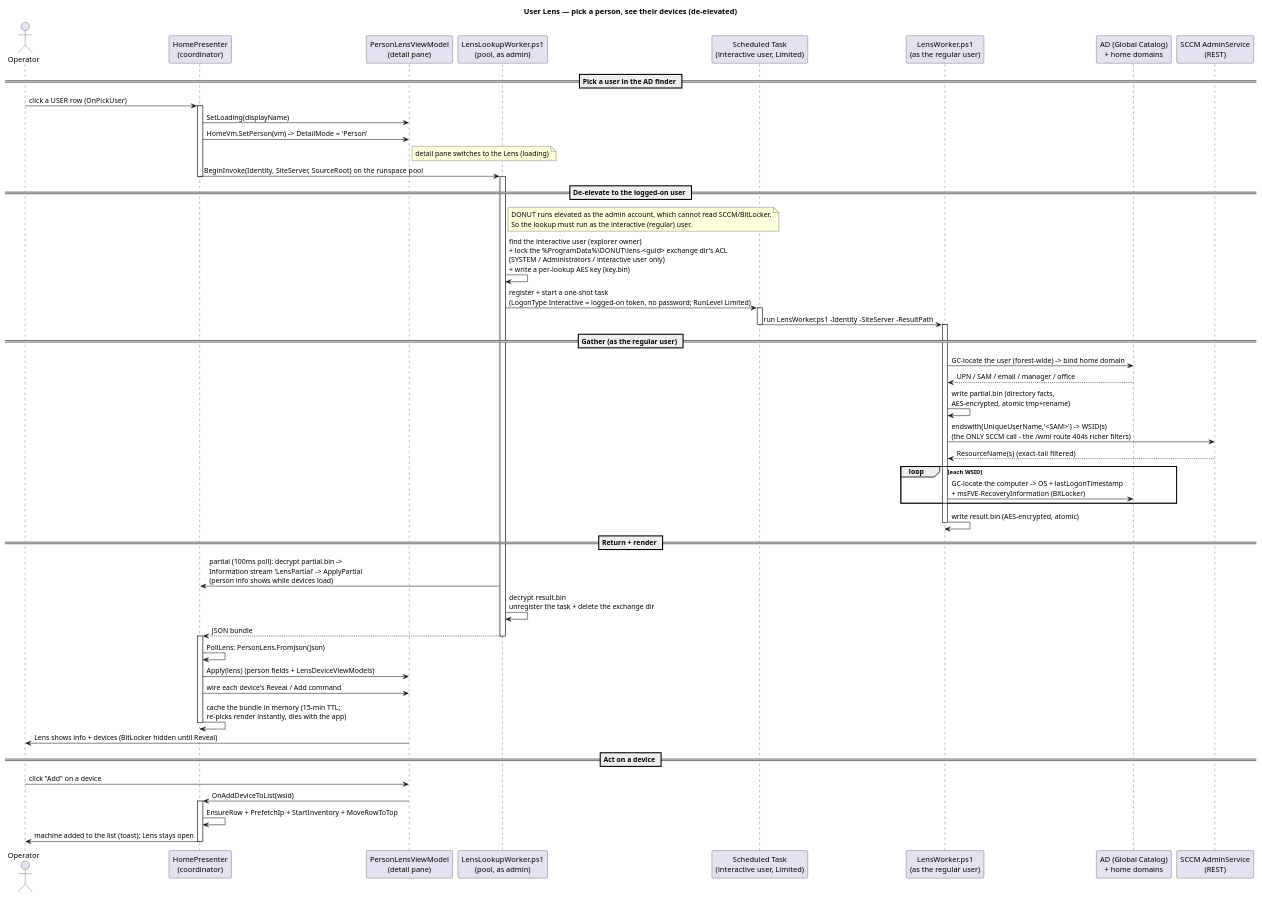
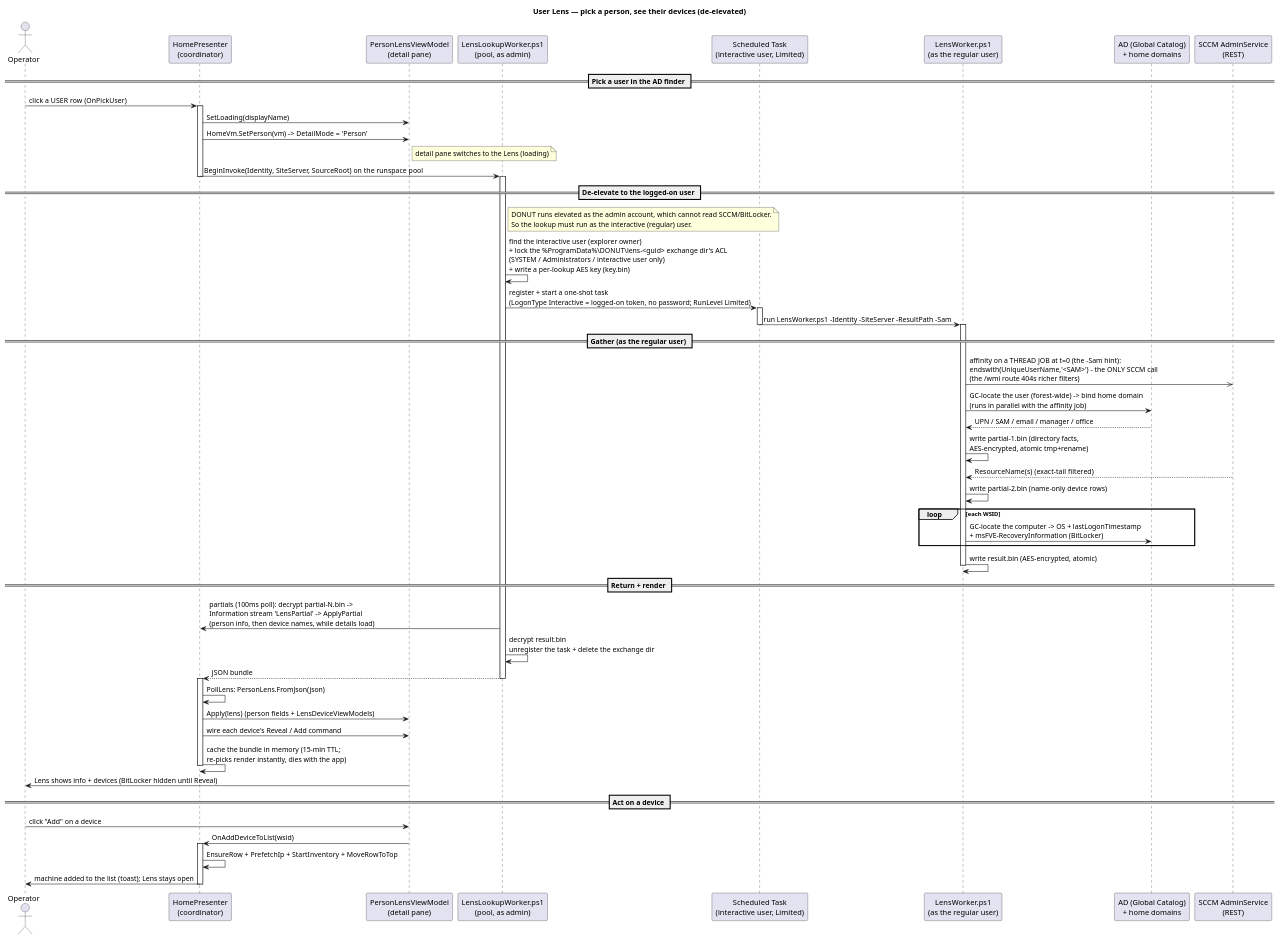
Before and after one commit to Danial-Changez/DONUT: the diagram in docs/diagrams/lens_lookup_sequence_diagram.puml, drawn with PlantUML. The commit also changed 6 other files, not shown here.

First line of the commit message:
Lens: parallel SCCM affinity + early device-name partial

```diff
--- a/docs/diagrams/lens_lookup_sequence_diagram.puml
+++ b/docs/diagrams/lens_lookup_sequence_diagram.puml
@@ -1,67 +1,68 @@
 @startuml Lens Lookup Sequence Diagram
 title User Lens — pick a person, see their devices (de-elevated)
 
 actor Operator as OP
 participant "HomePresenter\n(coordinator)" as P
 participant "PersonLensViewModel\n(detail pane)" as VM
 participant "LensLookupWorker.ps1\n(pool, as admin)" as PW
 participant "Scheduled Task\n(interactive user, Limited)" as TASK
 participant "LensWorker.ps1\n(as the regular user)" as LW
 participant "AD (Global Catalog)\n+ home domains" as AD
 participant "SCCM AdminService\n(REST)" as SCCM
 
 == Pick a user in the AD finder ==
 OP -> P : click a USER row  (OnPickUser)
 activate P
 P -> VM : SetLoading(displayName)
 P -> VM : HomeVm.SetPerson(vm)  -> DetailMode = 'Person'
 note right of VM : detail pane switches to the Lens (loading)
 P -> PW : BeginInvoke(Identity, SiteServer, SourceRoot)  on the runspace pool
 deactivate P
 
 == De-elevate to the logged-on user ==
 activate PW
 note right of PW
   DONUT runs elevated as the admin account, which cannot read SCCM/BitLocker.
   So the lookup must run as the interactive (regular) user.
 end note
 PW -> PW : find the interactive user (explorer owner)\n+ lock the %ProgramData%\\DONUT\\lens-<guid> exchange dir's ACL\n(SYSTEM / Administrators / interactive user only)\n+ write a per-lookup AES key (key.bin)
 PW -> TASK : register + start a one-shot task\n(LogonType Interactive = logged-on token, no password; RunLevel Limited)
 activate TASK
-TASK -> LW : run LensWorker.ps1 -Identity -SiteServer -ResultPath
+TASK -> LW : run LensWorker.ps1 -Identity -SiteServer -ResultPath -Sam
 deactivate TASK
 activate LW
 
 == Gather (as the regular user) ==
-LW -> AD : GC-locate the user (forest-wide) -> bind home domain
+LW ->> SCCM : affinity on a THREAD JOB at t=0 (the -Sam hint):\nendswith(UniqueUserName,'<SAM>') - the ONLY SCCM call\n(the /wmi route 404s richer filters)
+LW -> AD : GC-locate the user (forest-wide) -> bind home domain\n(runs in parallel with the affinity job)
 AD --> LW : UPN / SAM / email / manager / office
-LW -> LW : write partial.bin (directory facts,\nAES-encrypted, atomic tmp+rename)
-LW -> SCCM : endswith(UniqueUserName,'<SAM>')  -> WSID(s)\n(the ONLY SCCM call - the /wmi route 404s richer filters)
+LW -> LW : write partial-1.bin (directory facts,\nAES-encrypted, atomic tmp+rename)
 SCCM --> LW : ResourceName(s)  (exact-tail filtered)
+LW -> LW : write partial-2.bin (name-only device rows)
 loop each WSID
   LW -> AD : GC-locate the computer -> OS + lastLogonTimestamp\n+ msFVE-RecoveryInformation (BitLocker)
 end
 LW -> LW : write result.bin (AES-encrypted, atomic)
 deactivate LW
 
 == Return + render ==
-PW -> P : partial (100ms poll): decrypt partial.bin ->\nInformation stream 'LensPartial' -> ApplyPartial\n(person info shows while devices load)
+PW -> P : partials (100ms poll): decrypt partial-N.bin ->\nInformation stream 'LensPartial' -> ApplyPartial\n(person info, then device names, while details load)
 PW -> PW : decrypt result.bin\nunregister the task + delete the exchange dir
 PW --> P : JSON bundle
 deactivate PW
 activate P
 P -> P : PollLens: PersonLens.FromJson(json)
 P -> VM : Apply(lens)  (person fields + LensDeviceViewModels)
 P -> VM : wire each device's Reveal / Add command
 P -> P : cache the bundle in memory (15-min TTL;\nre-picks render instantly, dies with the app)
 deactivate P
 VM -> OP : Lens shows info + devices (BitLocker hidden until Reveal)
 
 == Act on a device ==
 OP -> VM : click "Add" on a device
 VM -> P : OnAddDeviceToList(wsid)
 activate P
 P -> P : EnsureRow + PrefetchIp + StartInventory + MoveRowToTop
 P -> OP : machine added to the list (toast); Lens stays open
 deactivate P
 @enduml
```
